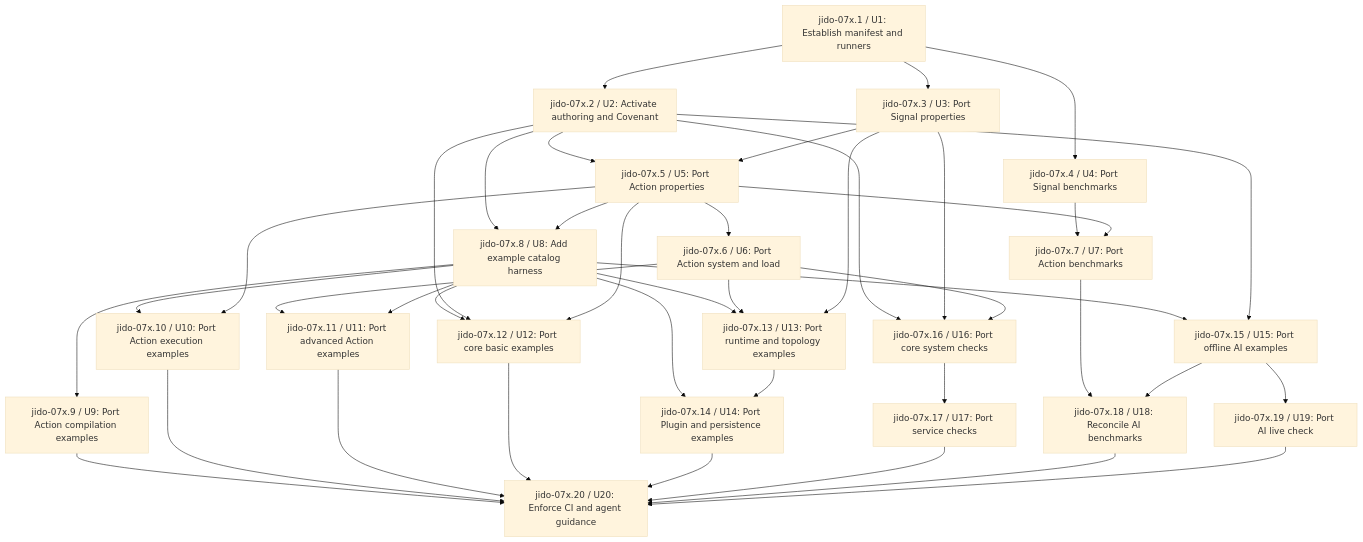
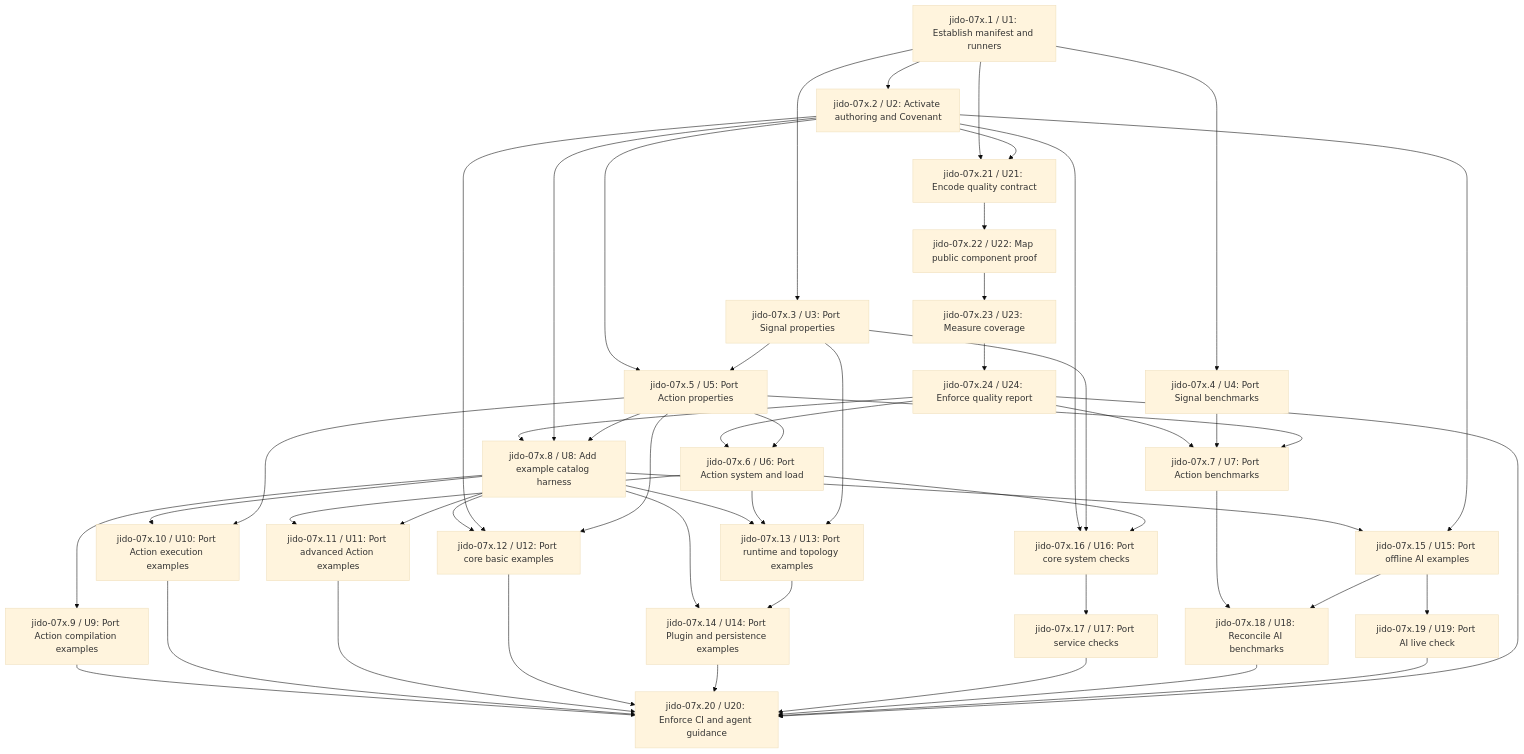
One commit to agentjido/jido changed the second of 2 diagrams in docs/plans/2026-11-03-1512-consolidated-quality-backpressure-plan.md. Above: the diagram before and after it, drawn with Mermaid (base theme). The commit also changed other lines of this file and 5 other files, not shown here.

Commit message:
jido-07x.21 encode objective quality contract

````diff
--- a/docs/plans/2026-11-03-1512-consolidated-quality-backpressure-plan.md
+++ b/docs/plans/2026-11-03-1512-consolidated-quality-backpressure-plan.md
@@ -577,64 +828,77 @@
 ```mermaid
 flowchart TD
   T1["jido-07x.1 / U1: Establish manifest and runners"]
   T2["jido-07x.2 / U2: Activate authoring and Covenant"]
   T3["jido-07x.3 / U3: Port Signal properties"]
   T4["jido-07x.4 / U4: Port Signal benchmarks"]
   T5["jido-07x.5 / U5: Port Action properties"]
   T6["jido-07x.6 / U6: Port Action system and load"]
   T7["jido-07x.7 / U7: Port Action benchmarks"]
   T8["jido-07x.8 / U8: Add example catalog harness"]
   T9["jido-07x.9 / U9: Port Action compilation examples"]
   T10["jido-07x.10 / U10: Port Action execution examples"]
   T11["jido-07x.11 / U11: Port advanced Action examples"]
   T12["jido-07x.12 / U12: Port core basic examples"]
   T13["jido-07x.13 / U13: Port runtime and topology examples"]
   T14["jido-07x.14 / U14: Port Plugin and persistence examples"]
   T15["jido-07x.15 / U15: Port offline AI examples"]
   T16["jido-07x.16 / U16: Port core system checks"]
   T17["jido-07x.17 / U17: Port service checks"]
   T18["jido-07x.18 / U18: Reconcile AI benchmarks"]
   T19["jido-07x.19 / U19: Port AI live check"]
   T20["jido-07x.20 / U20: Enforce CI and agent guidance"]
+  T21["jido-07x.21 / U21: Encode quality contract"]
+  T22["jido-07x.22 / U22: Map public component proof"]
+  T23["jido-07x.23 / U23: Measure coverage"]
+  T24["jido-07x.24 / U24: Enforce quality report"]
 
   T1 --> T2
   T1 --> T3
   T1 --> T4
   T2 --> T5
   T3 --> T5
+  T1 --> T21
+  T2 --> T21
+  T21 --> T22
+  T22 --> T23
+  T23 --> T24
+  T24 --> T6
+  T24 --> T7
+  T24 --> T8
   T5 --> T6
   T4 --> T7
   T5 --> T7
   T2 --> T8
   T5 --> T8
   T8 --> T9
   T8 --> T10
   T5 --> T10
   T6 --> T11
   T8 --> T11
   T8 --> T12
   T2 --> T12
   T5 --> T12
   T8 --> T13
   T6 --> T13
   T3 --> T13
   T8 --> T14
   T13 --> T14
   T8 --> T15
   T2 --> T15
   T2 --> T16
   T3 --> T16
   T6 --> T16
   T16 --> T17
   T7 --> T18
   T15 --> T18
   T15 --> T19
   T9 --> T20
   T10 --> T20
   T11 --> T20
   T12 --> T20
   T14 --> T20
   T17 --> T20
   T18 --> T20
   T19 --> T20
+  T24 --> T20
 ```
````
